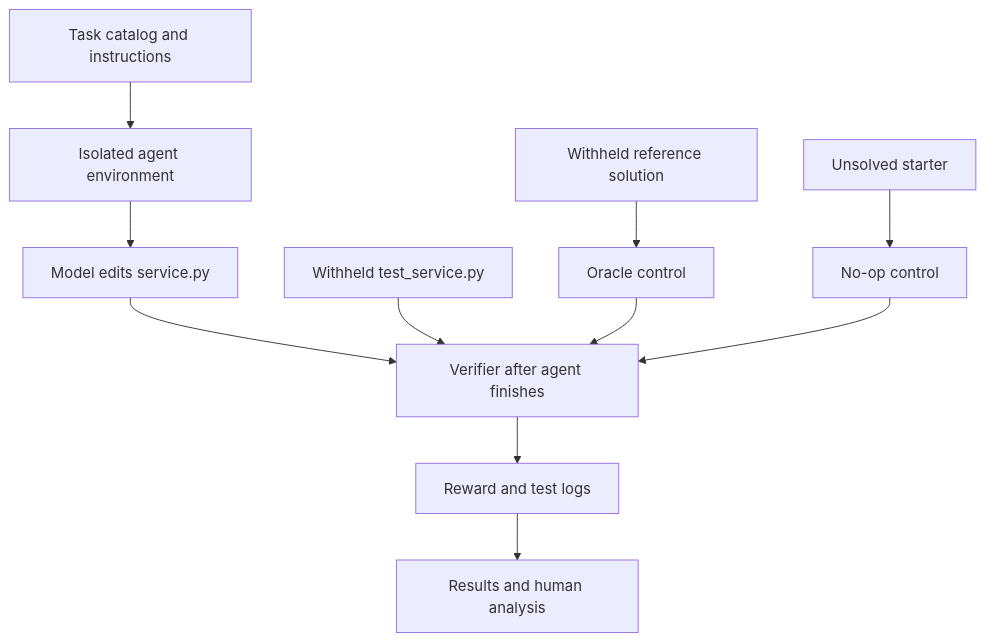
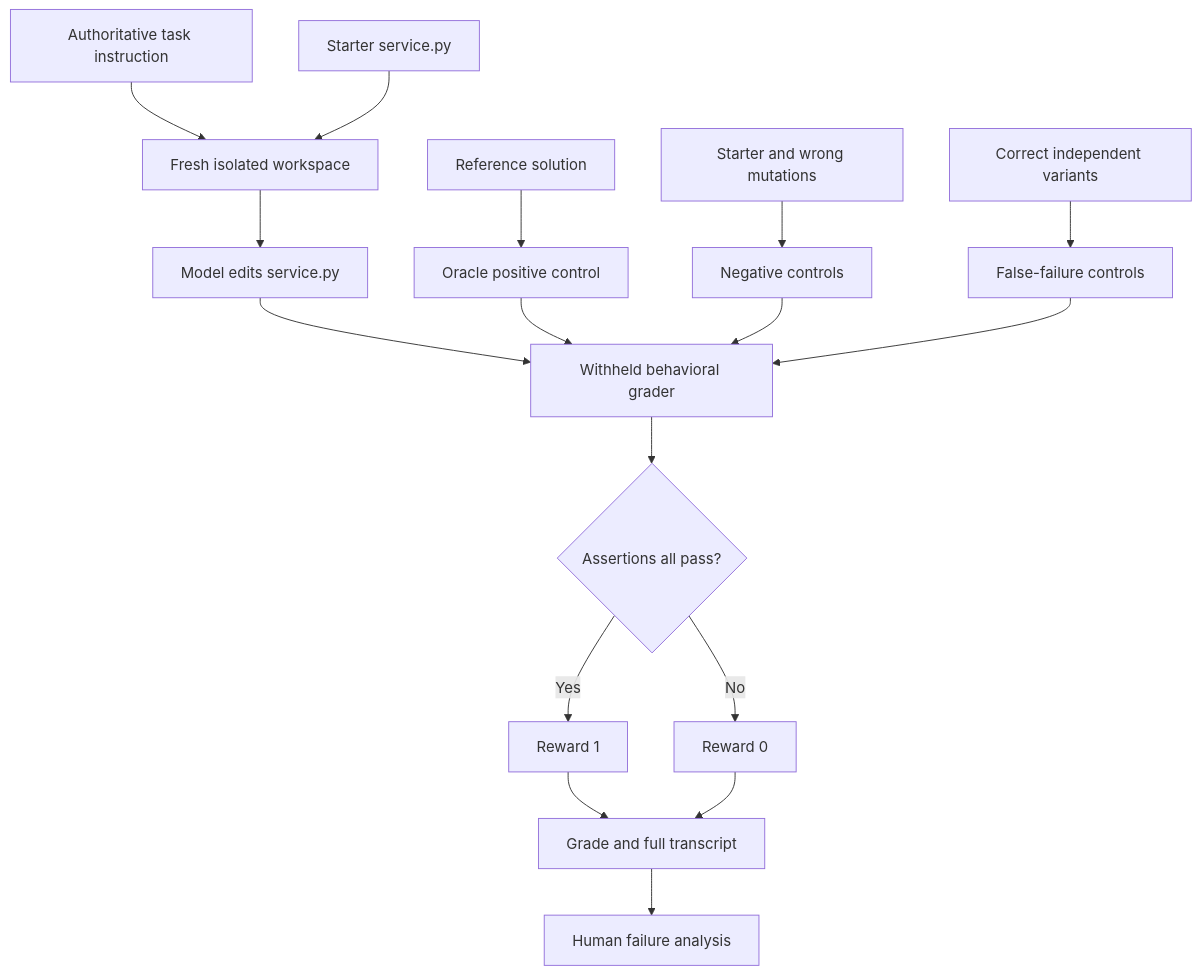
The diagram in docs/ARCHITECTURE.md (El-Moatasem/transaction-integrity-eval), drawn with Mermaid before and after one commit. The commit also changed other lines of this file and 41 other files, not shown here.

````diff
--- a/docs/ARCHITECTURE.md
+++ b/docs/ARCHITECTURE.md
@@ -8,13 +8,19 @@
 ```mermaid
 flowchart TD
-    A[Task catalog and instructions] --> B[Isolated agent environment]
-    B --> C[Model edits service.py]
-    C --> D[Verifier after agent finishes]
-    E[Withheld test_service.py] --> D
-    D --> F[Reward and test logs]
-    F --> G[Results and human analysis]
-    H[Withheld reference solution] --> I[Oracle control]
-    J[Unsolved starter] --> K[No-op control]
-    I --> D
-    K --> D
+  A[Authoritative task instruction] --> B[Fresh isolated workspace]
+  C[Starter service.py] --> B
+  B --> D[Model edits service.py]
+  D --> E[Withheld behavioral grader]
+  E --> F{Assertions all pass?}
+  F -->|Yes| G[Reward 1]
+  F -->|No| H[Reward 0]
+  G --> I[Grade and full transcript]
+  H --> I
+  I --> J[Human failure analysis]
+  K[Reference solution] --> L[Oracle positive control]
+  M[Starter and wrong mutations] --> N[Negative controls]
+  O[Correct independent variants] --> P[False-failure controls]
+  L --> E
+  N --> E
+  P --> E
 ```
````
